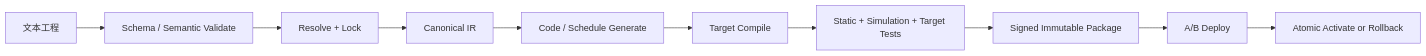
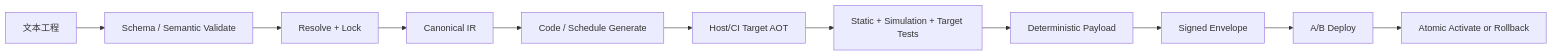
The third of 3 diagrams in Documents/Architecture/Aurora-Platform-Architecture.md (leng125172-code/AuroraApp), drawn with Mermaid before and after one commit. The commit also changed other lines of this file and 3 other files, not shown here.

Commit message:
docs(architecture): finalize Aurora platform architecture

````diff
--- a/Documents/Architecture/Aurora-Platform-Architecture.md
+++ b/Documents/Architecture/Aurora-Platform-Architecture.md
@@ -372,12 +424,13 @@
 ```mermaid
 flowchart LR
     Source[文本工程] --> Validate[Schema / Semantic Validate]
     Validate --> Resolve[Resolve + Lock]
     Resolve --> IR[Canonical IR]
     IR --> Generate[Code / Schedule Generate]
-    Generate --> Compile[Target Compile]
+    Generate --> Compile[Host/CI Target AOT]
     Compile --> Test[Static + Simulation + Target Tests]
-    Test --> Pack[Signed Immutable Package]
-    Pack --> Deploy[A/B Deploy]
+    Test --> Pack[Deterministic Payload]
+    Pack --> Sign[Signed Envelope]
+    Sign --> Deploy[A/B Deploy]
     Deploy --> Activate[Atomic Activate or Rollback]
 ```
````
